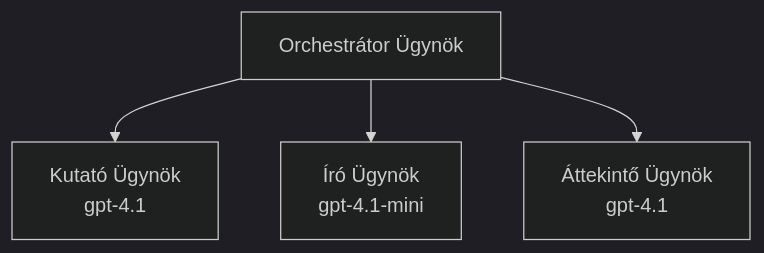
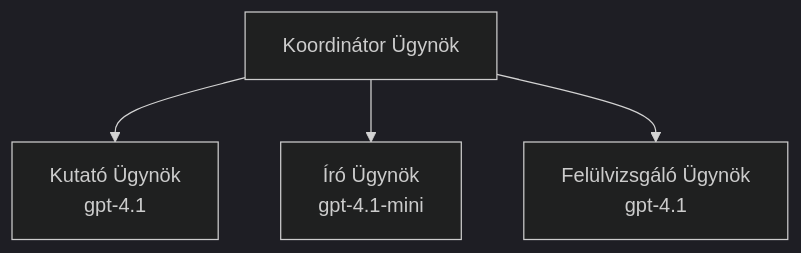
Before and after one commit to microsoft/AZD-for-beginners: the third of 3 diagrams in translations/hu/docs/chapter-02-ai-development/agents.md, drawn with Mermaid (dark theme). The commit also changed other lines of this file and 104 other files, not shown here.

````diff
--- a/translations/hu/docs/chapter-02-ai-development/agents.md
+++ b/translations/hu/docs/chapter-02-ai-development/agents.md
@@ -194,6 +201,6 @@
 ```mermaid
 graph TD
-    Orchestrator[Orchestrátor Ügynök] --> Research[Kutató Ügynök<br/>gpt-4.1]
+    Orchestrator[Koordinátor Ügynök] --> Research[Kutató Ügynök<br/>gpt-4.1]
     Orchestrator --> Writer[Író Ügynök<br/>gpt-4.1-mini]
-    Orchestrator --> Reviewer[Áttekintő Ügynök<br/>gpt-4.1]
+    Orchestrator --> Reviewer[Felülvizsgáló Ügynök<br/>gpt-4.1]
 ```
````
